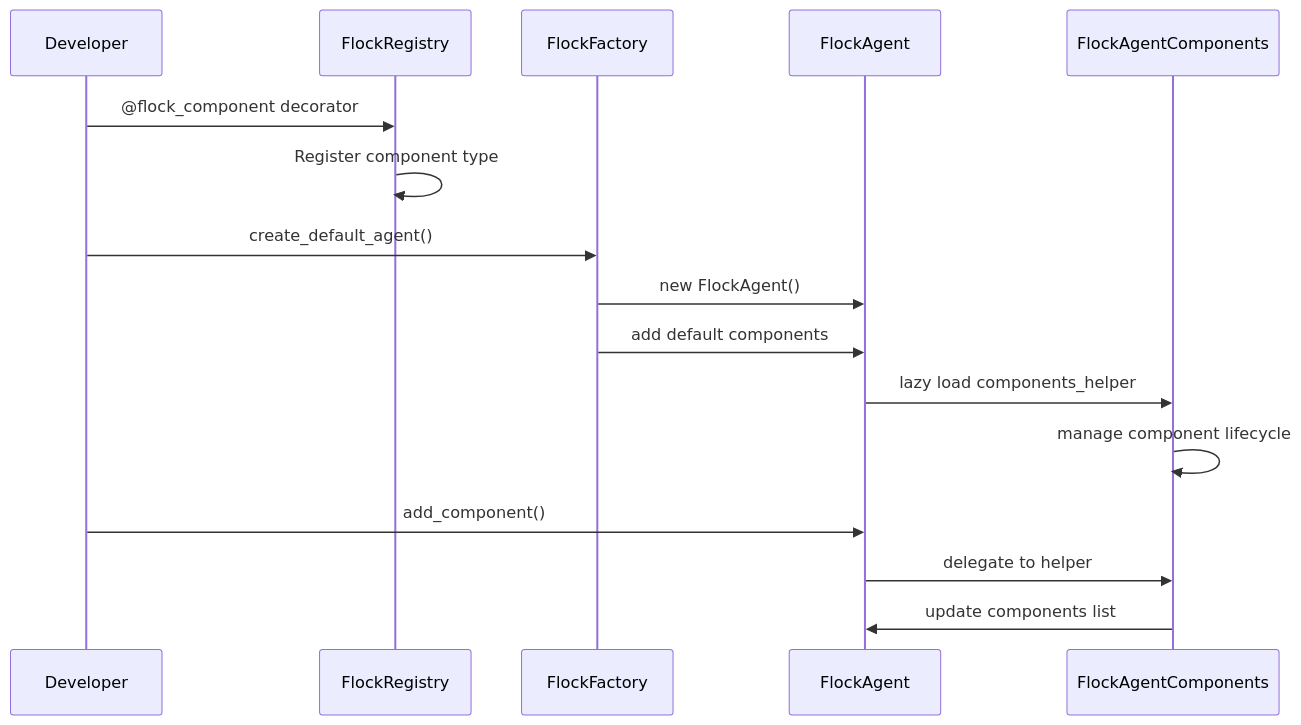
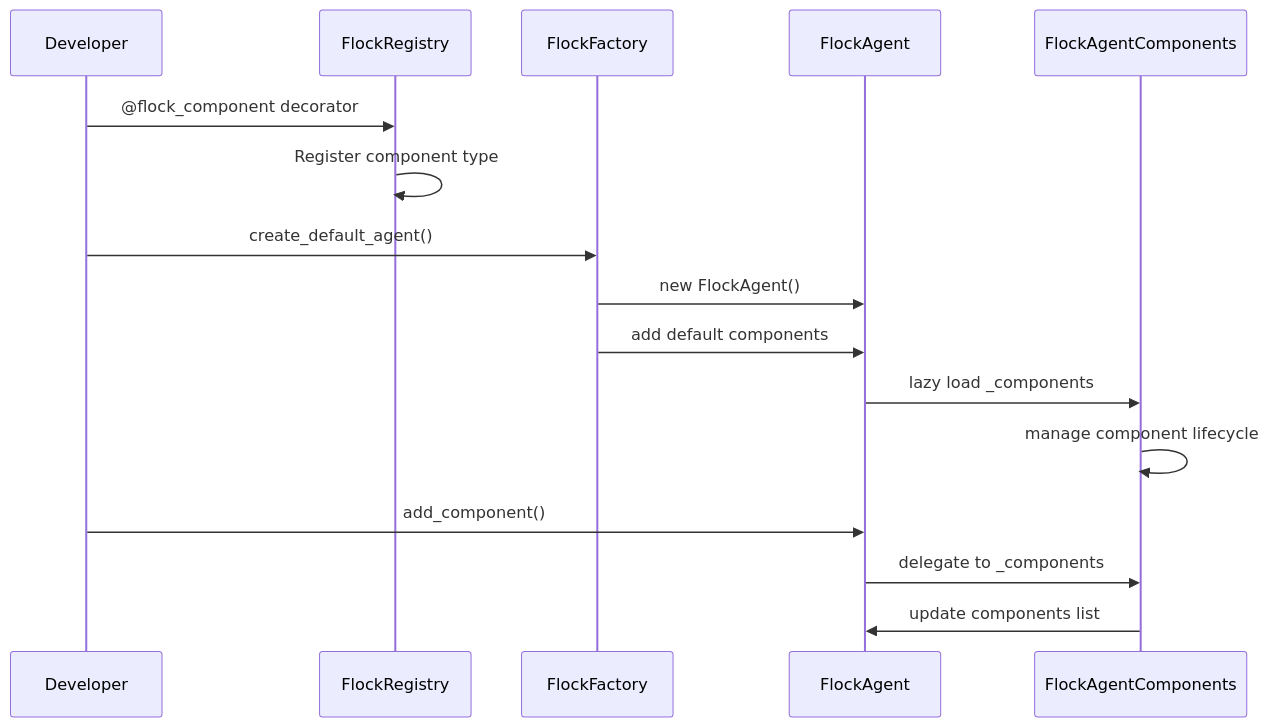
The fifth of 26 diagrams in docs/architecture_report.md (AndreRatzenberger/flock), drawn with Mermaid before and after one commit. The commit also changed other lines of this file and 8 other files, not shown here.

````diff
--- a/docs/architecture_report.md
+++ b/docs/architecture_report.md
@@ -137,22 +234,22 @@
 ```mermaid
 sequenceDiagram
     participant Dev as Developer
     participant Registry as FlockRegistry
     participant Factory as FlockFactory
     participant Agent as FlockAgent
     participant Helper as FlockAgentComponents
     
     Dev->>Registry: @flock_component decorator
     Registry->>Registry: Register component type
     
     Dev->>Factory: create_default_agent()
     Factory->>Agent: new FlockAgent()
     Factory->>Agent: add default components
     
-    Agent->>Helper: lazy load components_helper
+    Agent->>Helper: lazy load _components
     Helper->>Helper: manage component lifecycle
     
     Dev->>Agent: add_component()
-    Agent->>Helper: delegate to helper
+    Agent->>Helper: delegate to _components
     Helper->>Agent: update components list
 ```
````
